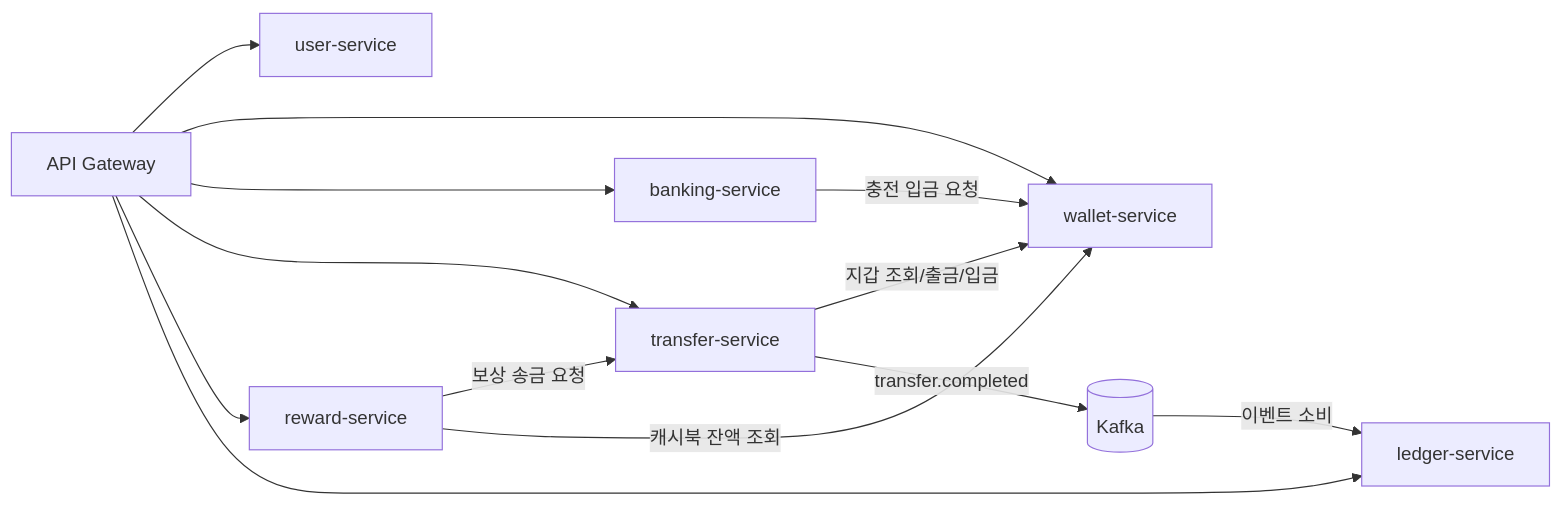
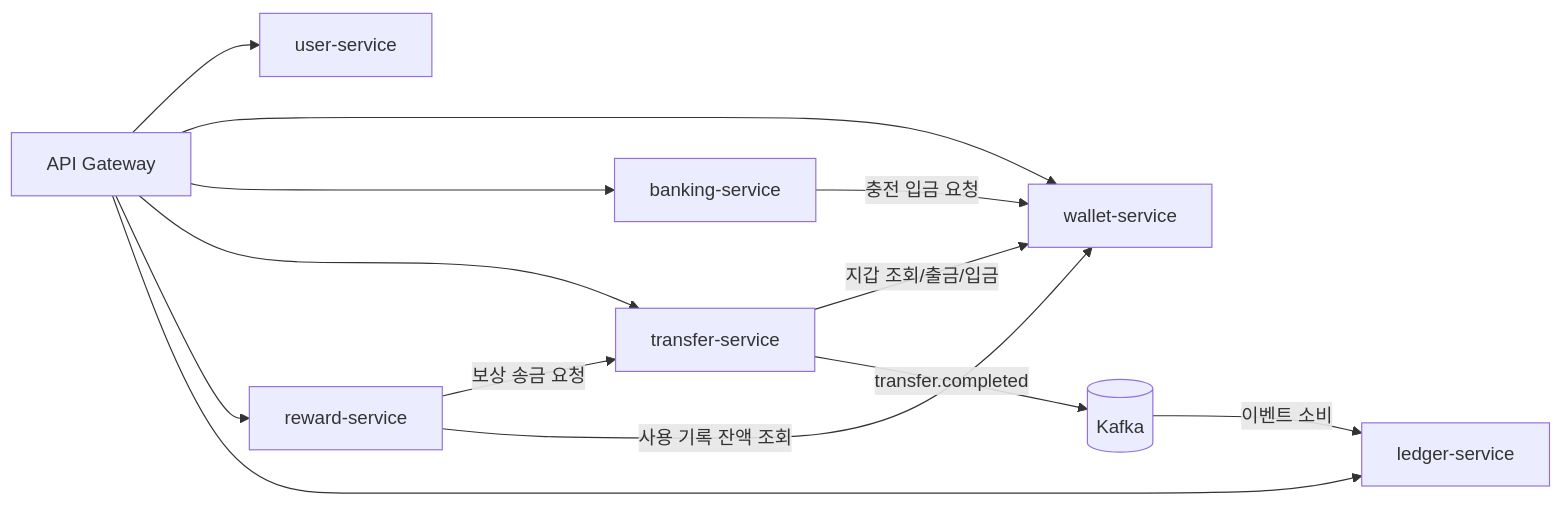
Before and after one commit to ohuiseok/PayFlow: the third of 13 diagrams in docs/payflow-service-planning.md, drawn with Mermaid. The commit also changed other lines of this file and 39 other files, not shown here.

````diff
--- a/docs/payflow-service-planning.md
+++ b/docs/payflow-service-planning.md
@@ -195,25 +195,25 @@
 ```mermaid
 flowchart LR
     gateway[API Gateway]
     user[user-service]
     wallet[wallet-service]
     banking[banking-service]
     transfer[transfer-service]
     reward[reward-service]
     ledger[ledger-service]
     kafka[(Kafka)]
 
     gateway --> user
     gateway --> wallet
     gateway --> banking
     gateway --> transfer
     gateway --> reward
     gateway --> ledger
 
     banking -- 충전 입금 요청 --> wallet
     transfer -- 지갑 조회/출금/입금 --> wallet
     reward -- 보상 송금 요청 --> transfer
-    reward -- 캐시북 잔액 조회 --> wallet
+    reward -- 사용 기록 잔액 조회 --> wallet
     transfer -- transfer.completed --> kafka
     kafka -- 이벤트 소비 --> ledger
 ```
````
